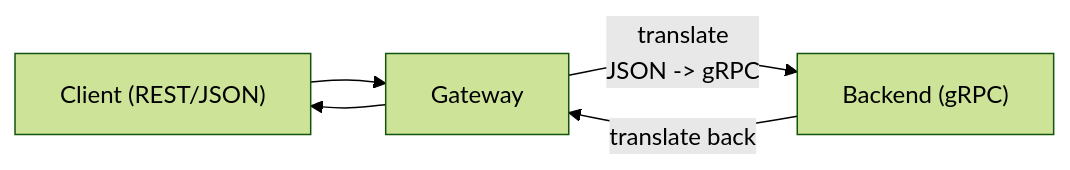
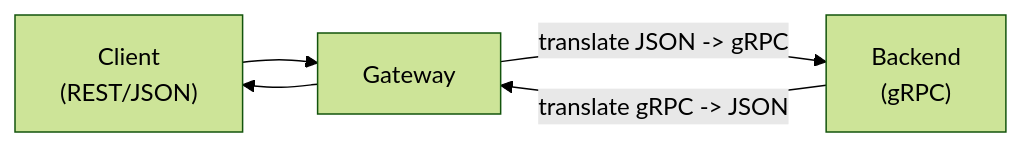
One commit to riyaz-pasha/Learnings changed diagram 11 of 13 in system-design/HLD/0-course/64-Design-an-API-Gateway-FAANG-Guide-story.md. Above: the diagram before and after it, drawn with Mermaid (forest theme). The commit also changed other lines of this file and 1 other file, not shown here.

Commit message:
[REWRITE] API Gateway story guide: simplify prose, add structure, fix diagrams

````diff
--- a/system-design/HLD/0-course/64-Design-an-API-Gateway-FAANG-Guide-story.md
+++ b/system-design/HLD/0-course/64-Design-an-API-Gateway-FAANG-Guide-story.md
@@ -396,7 +609,7 @@
 ```mermaid
 flowchart LR
-    Client["Client (REST/JSON)"] --> GW["Gateway"]
-    GW -->|"translate\nJSON -> gRPC"| Backend["Backend (gRPC)"]
-    Backend -->|"translate back"| GW
+    Client["Client<br/>(REST/JSON)"] --> GW["Gateway"]
+    GW -->|"translate JSON -> gRPC"| Backend["Backend<br/>(gRPC)"]
+    Backend -->|"translate gRPC -> JSON"| GW
     GW --> Client
 ```
````
